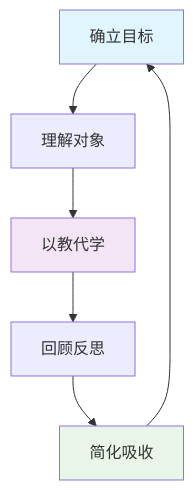
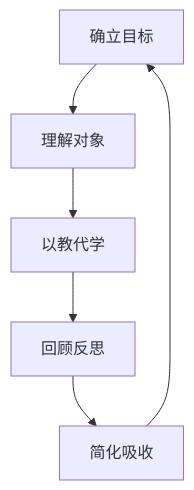
Before and after one commit to fangkun119/tech-page: the first of 52 diagrams in _posts/2025-11-08-book-01-feynman-approach.md, drawn with Mermaid. The commit also changed other lines of this file and 1 other file, not shown here.

Commit message:
feat: adjust diagram color

````diff
--- a/_posts/2025-11-08-book-01-feynman-approach.md
+++ b/_posts/2025-11-08-book-01-feynman-approach.md
@@ -61,12 +61,8 @@
 ```mermaid
 graph TD
     A[确立目标] --> B[理解对象]
     B --> C[以教代学]
     C --> D[回顾反思]
     D --> E[简化吸收]
     E --> A
-
-    style A fill:#e1f5fe
-    style C fill:#f3e5f5
-    style E fill:#e8f5e8
 ```
````
